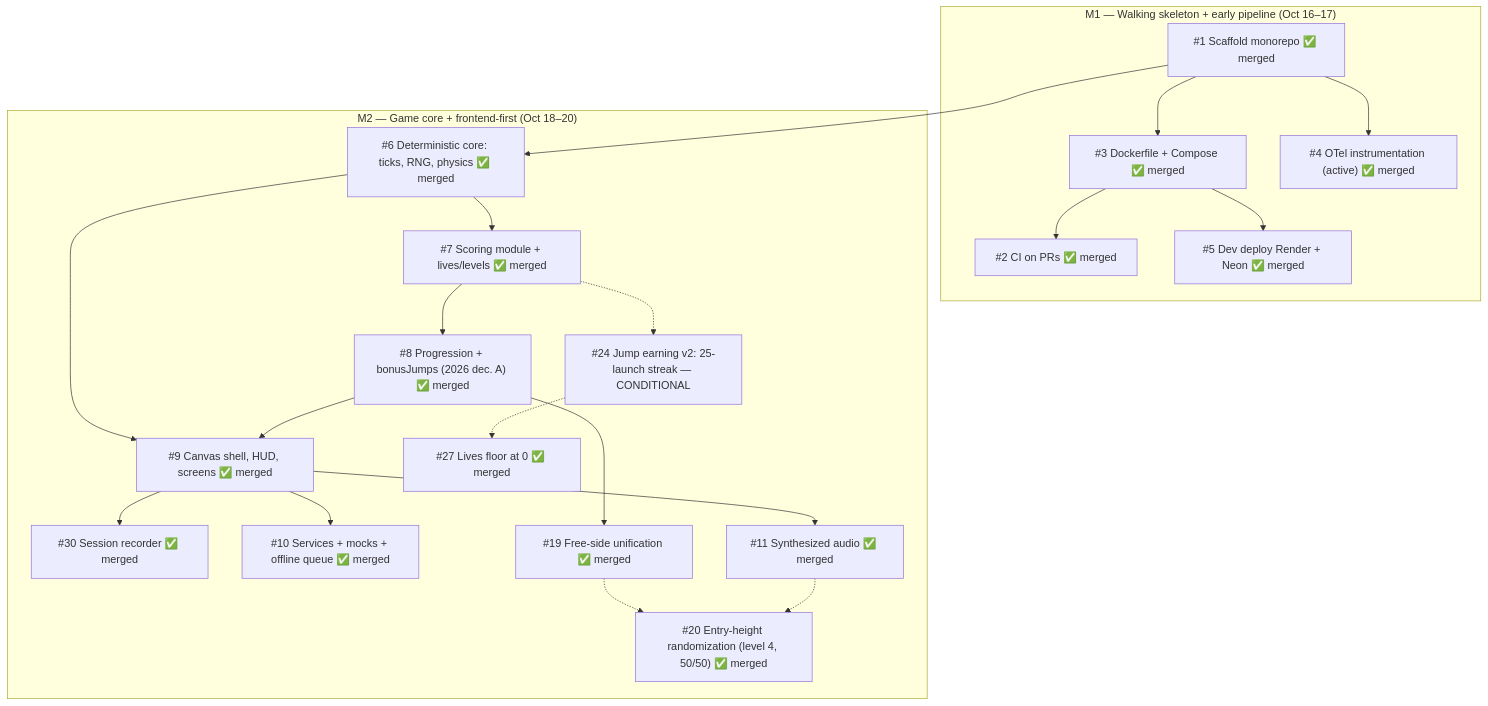
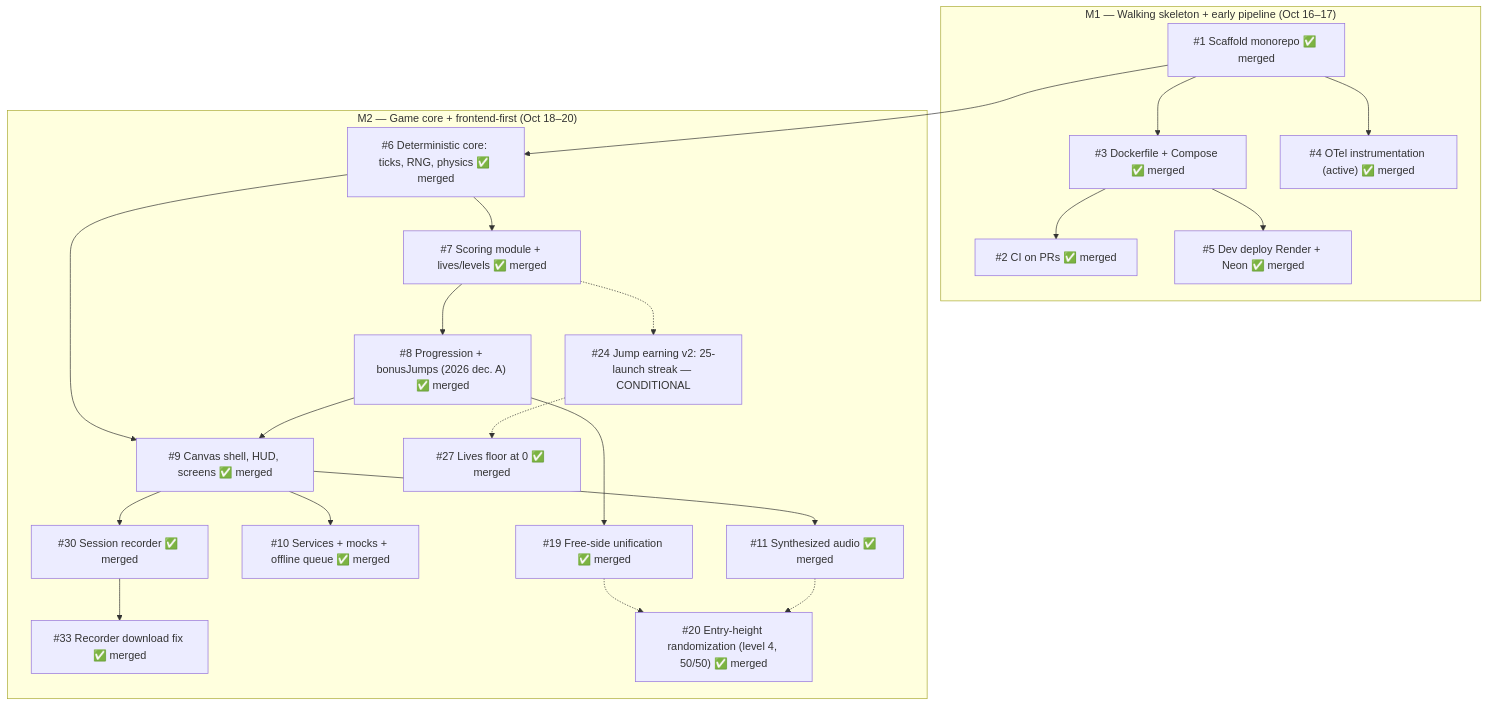
One commit to lucapug/clown-circus-reloaded changed the diagram in _docs/backlog.md. Above: the diagram before and after it, drawn with Mermaid. The commit also changed 1 other file, not shown here.

Commit message:
Backlog map: #33 download fix merged; diary: orphan server cleanup + owner follow-up idea (marker-filtered sessions)

````diff
--- a/_docs/backlog.md
+++ b/_docs/backlog.md
@@ -7,43 +7,45 @@
 ```mermaid
 graph TD
     subgraph M1["M1 — Walking skeleton + early pipeline (Oct 16–17)"]
         I1["#1 Scaffold monorepo ✅ merged"]
     I2["#2 CI on PRs ✅ merged"]
         I3["#3 Dockerfile + Compose ✅ merged"]
     I4["#4 OTel instrumentation (active) ✅ merged"]
     I5["#5 Dev deploy Render + Neon ✅ merged"]
     end
 
     subgraph M2["M2 — Game core + frontend-first (Oct 18–20)"]
         I6["#6 Deterministic core: ticks, RNG, physics ✅ merged"]
         I7["#7 Scoring module + lives/levels ✅ merged"]
         I8["#8 Progression + bonusJumps (2026 dec. A) ✅ merged"]
         I9["#9 Canvas shell, HUD, screens ✅ merged"]
     I30["#30 Session recorder ✅ merged"]
+    I33["#33 Recorder download fix ✅ merged"]
         I10["#10 Services + mocks + offline queue ✅ merged"]
         I11["#11 Synthesized audio ✅ merged"]
         I19["#19 Free-side unification ✅ merged"]
         I20["#20 Entry-height randomization (level 4, 50/50) ✅ merged"]
         I24["#24 Jump earning v2: 25-launch streak — CONDITIONAL"]
         I27["#27 Lives floor at 0 ✅ merged"]
     end
 
     I1 --> I3
     I1 --> I4
     I3 --> I2
     I3 --> I5
 
     I1 --> I6
     I6 --> I7
     I7 --> I8
     I6 --> I9
     I8 --> I9
     I9 --> I10
     I9 --> I11
     I8 --> I19
     I19 -.-> I20
     I11 -.-> I20
     I7 -.-> I24
     I9 --> I30
+    I30 --> I33
     I24 -.-> I27
 ```
````
